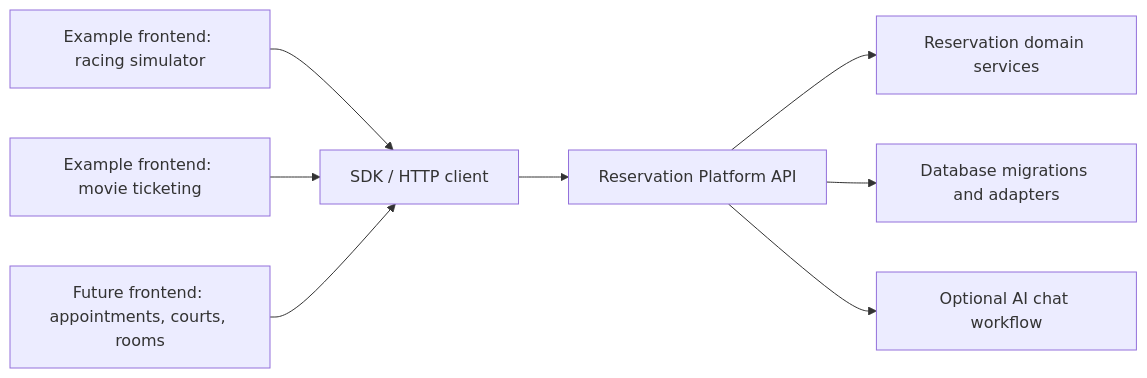
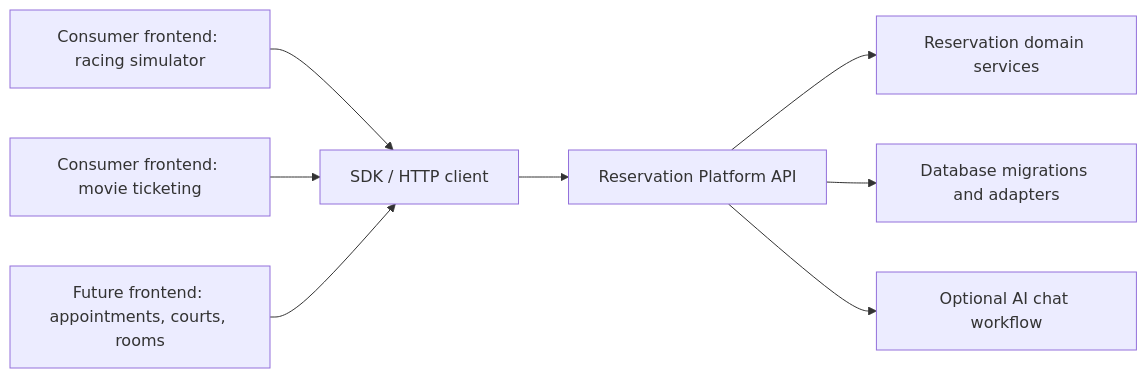
Before and after one commit to jericho0521/reservation-app: the diagram in docs/fyp-modular-booking-platform/README.md, drawn with Mermaid. The commit also changed other lines of this file and 315 other files, not shown here.

````diff
--- a/docs/fyp-modular-booking-platform/README.md
+++ b/docs/fyp-modular-booking-platform/README.md
@@ -24,10 +26,10 @@
 ```mermaid
 flowchart LR
-  A["Example frontend: racing simulator"] --> S["SDK / HTTP client"]
-  B["Example frontend: movie ticketing"] --> S
+  A["Consumer frontend: racing simulator"] --> S["SDK / HTTP client"]
+  B["Consumer frontend: movie ticketing"] --> S
   C["Future frontend: appointments, courts, rooms"] --> S
   S --> D["Reservation Platform API"]
   D --> E["Reservation domain services"]
   D --> F["Database migrations and adapters"]
   D --> G["Optional AI chat workflow"]
 ```
````
